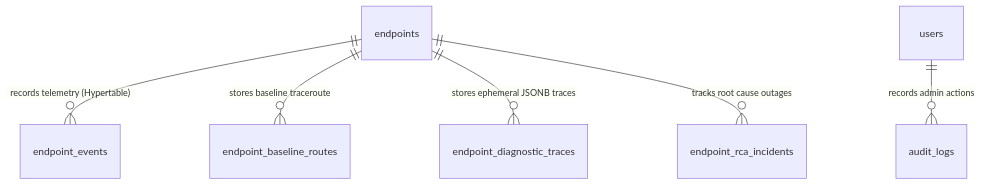
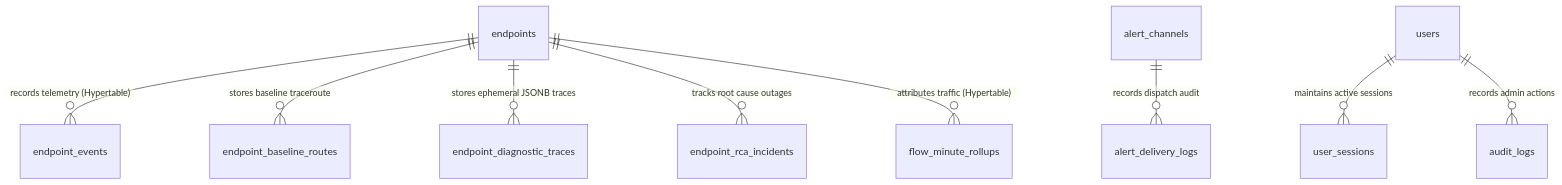
The diagram in docs/database.md (dc8official/lnmp), drawn with Mermaid before and after one commit. The commit also changed other lines of this file and 18 other files, not shown here.

````diff
--- a/docs/database.md
+++ b/docs/database.md
@@ -9,8 +9,11 @@
 ```mermaid
 erDiagram
     endpoints ||--o{ endpoint_events : "records telemetry (Hypertable)"
     endpoints ||--o{ endpoint_baseline_routes : "stores baseline traceroute"
     endpoints ||--o{ endpoint_diagnostic_traces : "stores ephemeral JSONB traces"
     endpoints ||--o{ endpoint_rca_incidents : "tracks root cause outages"
+    endpoints ||--o{ flow_minute_rollups : "attributes traffic (Hypertable)"
+    alert_channels ||--o{ alert_delivery_logs : "records dispatch audit"
+    users ||--o{ user_sessions : "maintains active sessions"
     users ||--o{ audit_logs : "records admin actions"
 ```
````
